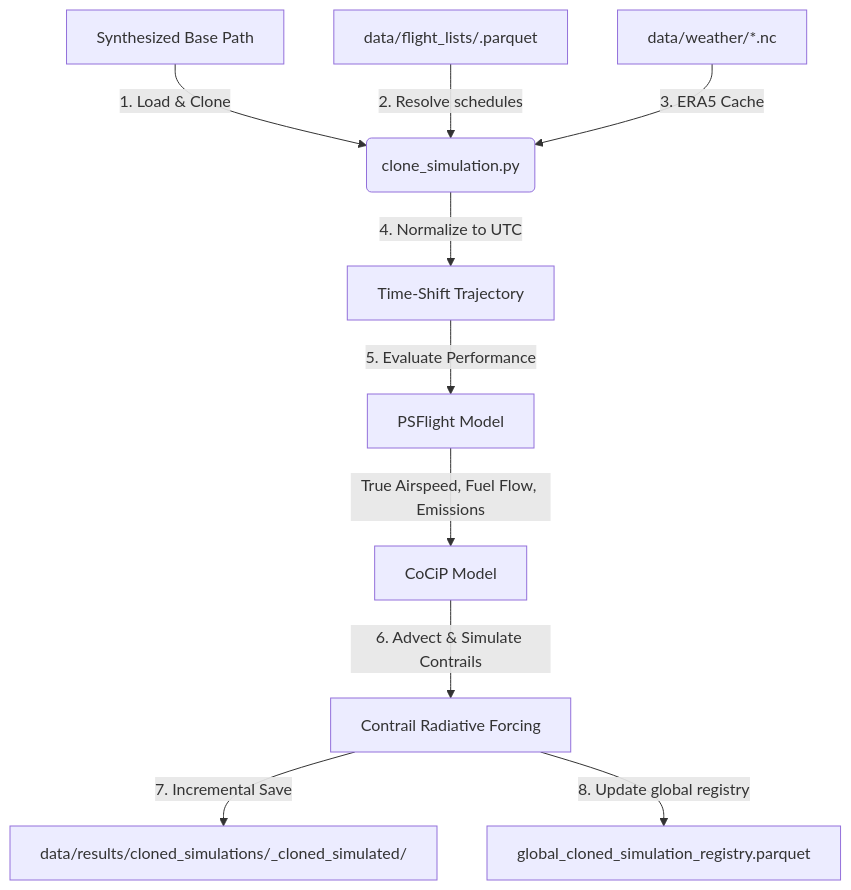
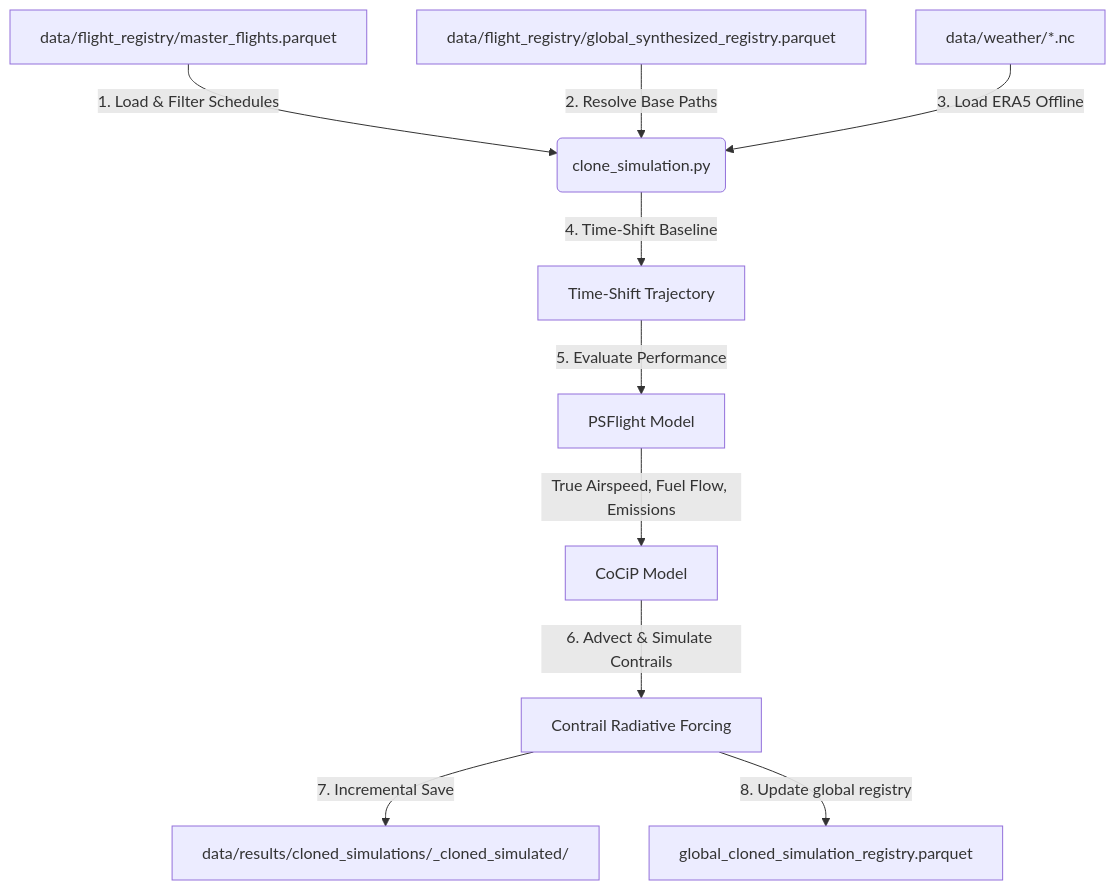
Before and after one commit to Bauzement123/flight-physics-pipeline: the diagram in src/physics/simulation README.md, drawn with Mermaid. The commit also changed other lines of this file, not shown here.

Commit message:
Update simulation README.md with FAST Tree and accurate data workflow Mermaid graph

````diff
--- a/src/physics/simulation README.md
+++ b/src/physics/simulation README.md
@@ -23,14 +58,14 @@
 ```mermaid
 graph TD
-    A[Synthesized Base Path] -->|1. Load & Clone| B(clone_simulation.py)
-    C[data/flight_lists/<route>.parquet] -->|2. Resolve schedules| B
-    D[data/weather/*.nc] -->|3. ERA5 Cache| B
+    A[data/flight_registry/master_flights.parquet] -->|1. Load & Filter Schedules| B(clone_simulation.py)
+    C[data/flight_registry/global_synthesized_registry.parquet] -->|2. Resolve Base Paths| B
+    D[data/weather/*.nc] -->|3. Load ERA5 Offline| B
     
-    B -->|4. Normalize to UTC| E[Time-Shift Trajectory]
+    B -->|4. Time-Shift Baseline| E[Time-Shift Trajectory]
     E -->|5. Evaluate Performance| F[PSFlight Model]
     F -->|True Airspeed, Fuel Flow, Emissions| G[CoCiP Model]
     G -->|6. Advect & Simulate Contrails| H[Contrail Radiative Forcing]
     
     H -->|7. Incremental Save| I[data/results/cloned_simulations/<route>_cloned_simulated/]
     H -->|8. Update global registry| J[global_cloned_simulation_registry.parquet]
 ```
````
